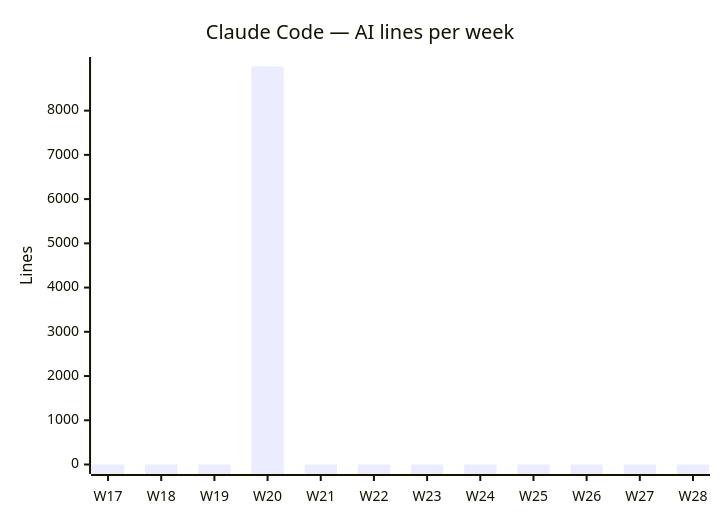
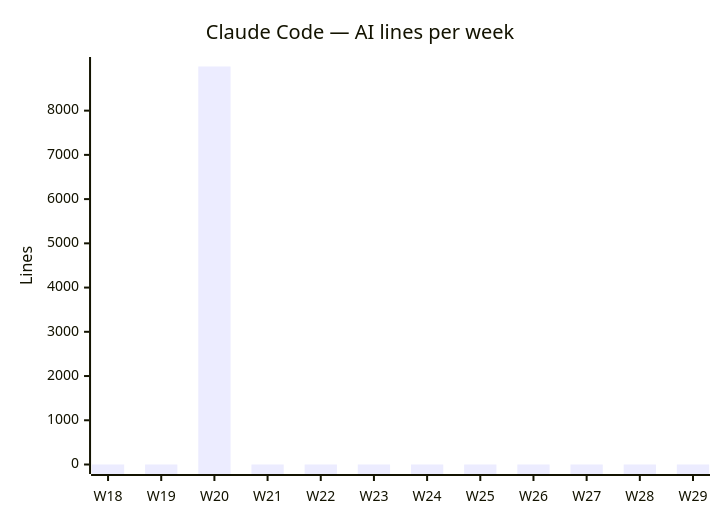
One commit to fromwaydowntown/ai-use changed the second of 4 diagrams in docs/AI_USAGE.md. Above: the diagram before and after it, drawn with Mermaid. The commit also changed other lines of this file, not shown here.

````diff
--- a/docs/AI_USAGE.md
+++ b/docs/AI_USAGE.md
@@ -29,7 +29,7 @@
 ```mermaid
 xychart-beta
     title "Claude Code — AI lines per week"
-    x-axis ["W17", "W18", "W19", "W20", "W21", "W22", "W23", "W24", "W25", "W26", "W27", "W28"]
+    x-axis ["W18", "W19", "W20", "W21", "W22", "W23", "W24", "W25", "W26", "W27", "W28", "W29"]
     y-axis "Lines"
-    bar [0, 0, 0, 8998, 0, 0, 0, 0, 0, 0, 0, 0]
+    bar [0, 0, 8998, 0, 0, 0, 0, 0, 0, 0, 0, 0]
 ```
````
